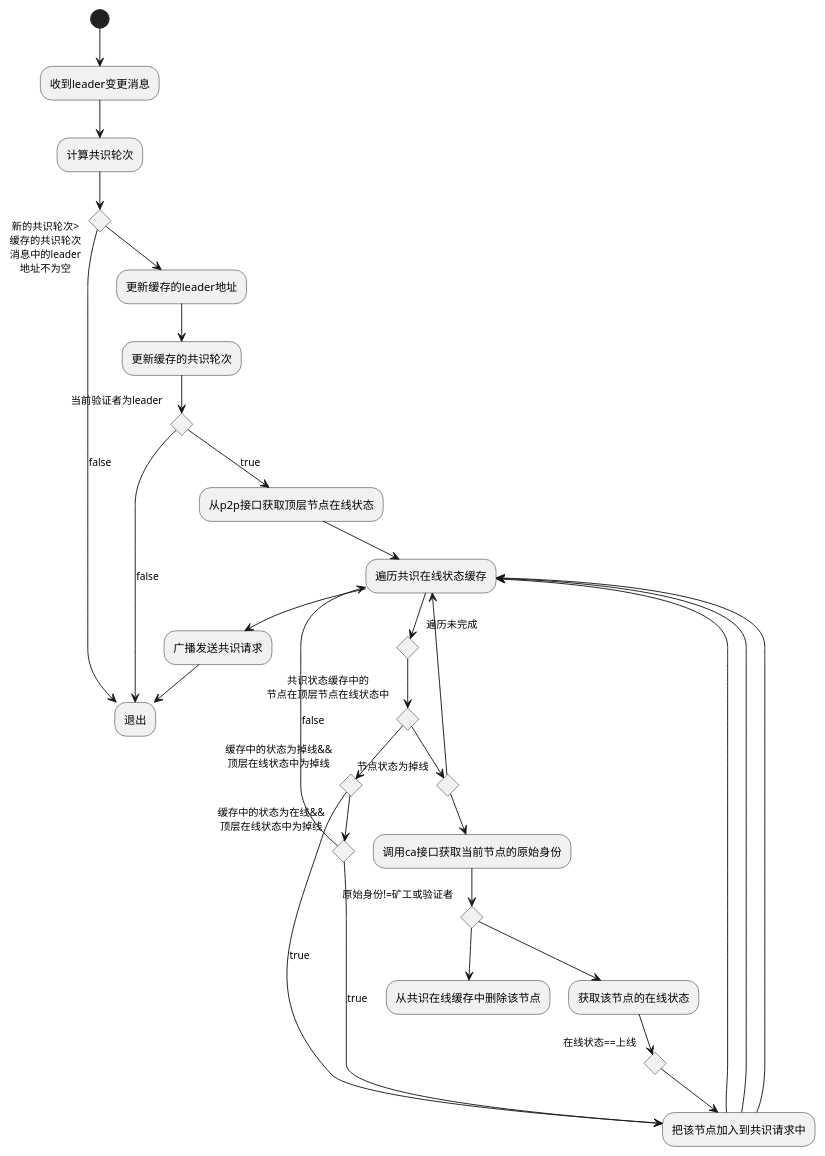
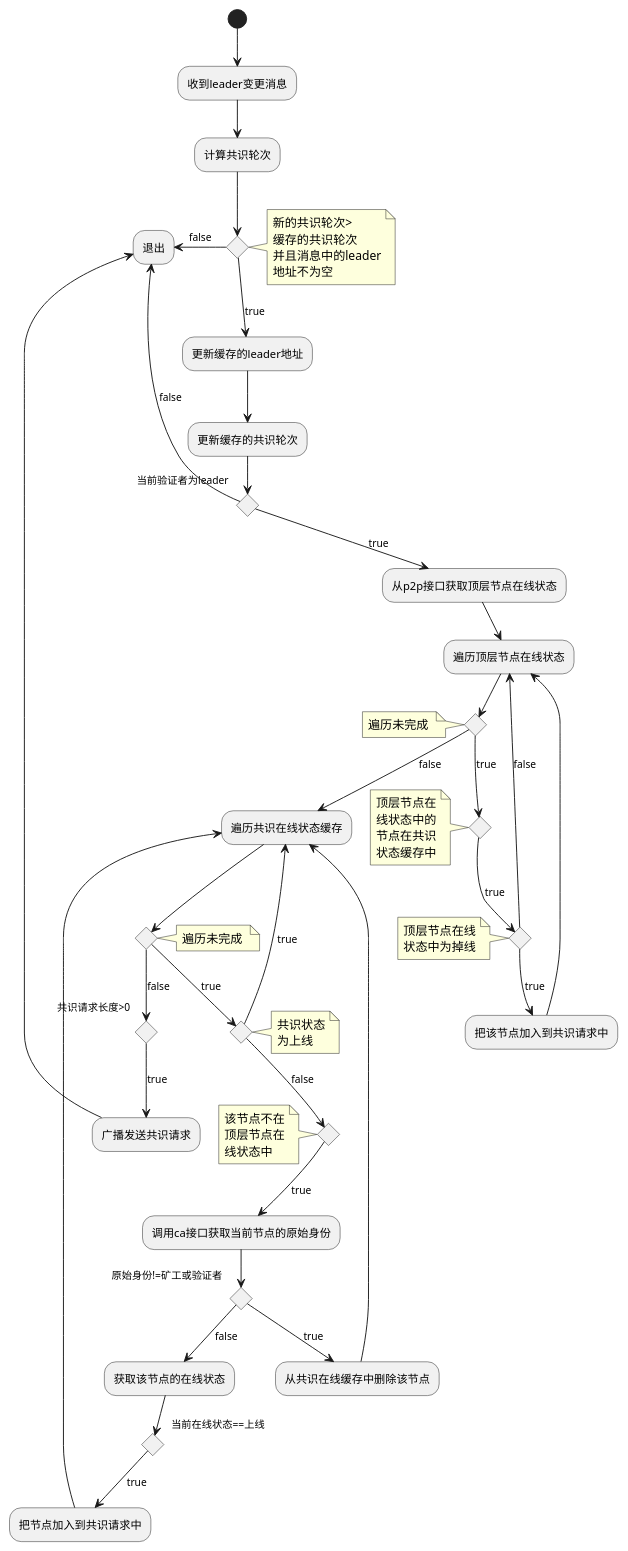
Before and after one commit to alvinleee/matrix-work: the diagram in 730/顶层节点在线服务/leader变更消息处理.wsd, drawn with PlantUML. The commit also changed 41 other files, not shown here.

```diff
--- a/730/顶层节点在线服务/leader变更消息处理.wsd
+++ b/730/顶层节点在线服务/leader变更消息处理.wsd
@@ -1,50 +1,84 @@
 @startuml
 (*)--> 收到leader变更消息
 --> 计算共识轮次
-if 新的共识轮次>\n缓存的共识轮次\n消息中的leader\n地址不为空 then
-    --> 更新缓存的leader地址
+if "" then
+    note right
+        新的共识轮次>
+        缓存的共识轮次
+        并且消息中的leader
+        地址不为空
+    end note
+    --> [true]更新缓存的leader地址
     --> 更新缓存的共识轮次
     if 当前验证者为leader then
-        --> [true] 从p2p接口获取顶层节点在线状态
-        --> 遍历共识在线状态缓存
-        if 遍历未完成 then
-            if "共识状态缓存中的\n节点在顶层节点在线状态中" then
-            '从顶层节点中删除经过共识的掉线的节点
-                if "缓存中的状态为掉线&&\n顶层在线状态中为掉线" then
-                    --> [true] 把该节点加入到共识请求中
-                    --> 遍历共识在线状态缓存
-                else 
-                    if "缓存中的状态为在线&&\n顶层在线状态中为掉线" then
-                        --> [true] 把该节点加入到共识请求中
+        -down-> [true] 从p2p接口获取顶层节点在线状态
+        --> 遍历顶层节点在线状态
+        if "" then
+        note left
+            遍历未完成 
+        end note
+        [true]if "" then
+        note left
+            顶层节点在
+            线状态中的
+            节点在共识
+            状态缓存中
+        end note
+            [true]if "" then
+            note left
+                顶层节点在线
+                状态中为掉线
+            end note
+                --> [true] 把该节点加入到共识请求中
+                --> 遍历顶层节点在线状态
+            else 
+                --> [false]遍历顶层节点在线状态
+            endif
+        endif
+        else
+            -->[false]遍历共识在线状态缓存
+        endif
+
+        if "" then
+            note right 
+                遍历未完成 
+            end note
+        [true]if "" then
+                note right 
+                    共识状态
+                    为上线 
+                end note
+                -->[true]遍历共识在线状态缓存
+            else
+                [false]if "" then
+                note left
+                    该节点不在
+                    顶层节点在
+                    线状态中 
+                end note
+                    -->[true]调用ca接口获取当前节点的原始身份
+                    if 原始身份!=矿工或验证者 then
+                        -->[true] 从共识在线缓存中删除该节点
                         --> 遍历共识在线状态缓存
                     else
-                        -->[false] 遍历共识在线状态缓存
-                    endif
-                endif
-            else
-                '节点不在顶层节点在线状态中
-                if 节点状态为掉线 then
-                    --> 调用ca接口获取当前节点的原始身份
-                    if 原始身份!=矿工或验证者 then
-                        --> 从共识在线缓存中删除该节点
-                    else
-                        --> 获取该节点的在线状态
-                        if 在线状态==上线 then
-                            --> 把该节点加入到共识请求中
+                        -->[false] 获取该节点的在线状态
+                        if 当前在线状态==上线 then
+                            --> [true]把节点加入到共识请求中
                         endif
                         --> 遍历共识在线状态缓存
                     endif
-                else
-                    --> 遍历共识在线状态缓存
                 endif
             endif
+        else
+           [false] if 共识请求长度>0 then
+            --> [true]广播发送共识请求
+            endif
         endif
-        --> 广播发送共识请求
         --> 退出
     else
         --> [false]退出
     endif
 else
---> [false]退出
+-left-> [false]退出
 endif
 @enduml
```
